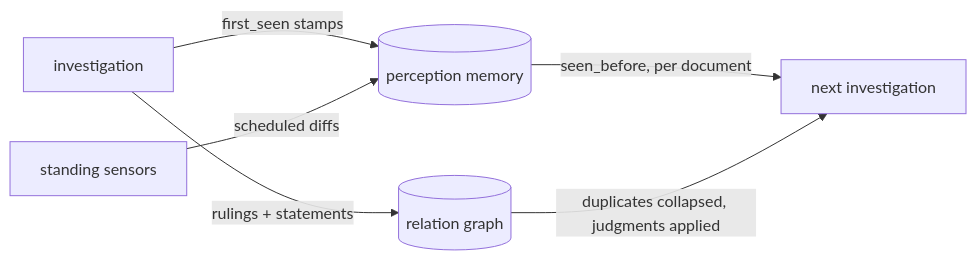
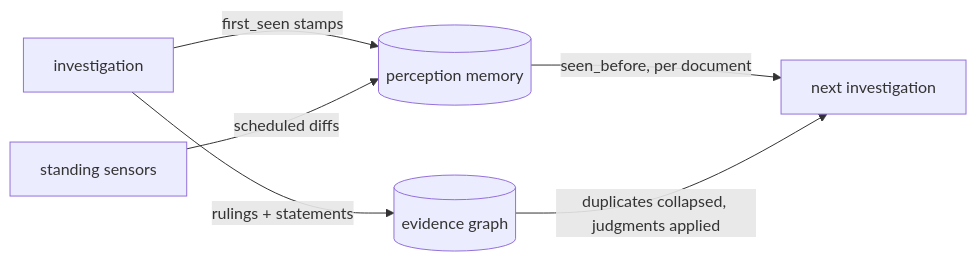
One commit to Battam1111/omniseek changed the diagram in docs/case-study.md. Above: the diagram before and after it, drawn with Mermaid. The commit also changed 5 other files, not shown here.

````diff
--- a/docs/case-study.md
+++ b/docs/case-study.md
@@ -125,8 +125,8 @@
 ```mermaid
 flowchart LR
     A[investigation] -->|first_seen stamps| M[(perception memory)]
-    A -->|rulings + statements| G[(relation graph)]
+    A -->|rulings + statements| G[(evidence graph)]
     W[standing sensors] -->|scheduled diffs| M
     M -->|seen_before, per document| B[next investigation]
     G -->|duplicates collapsed, judgments applied| B
 ```
````
